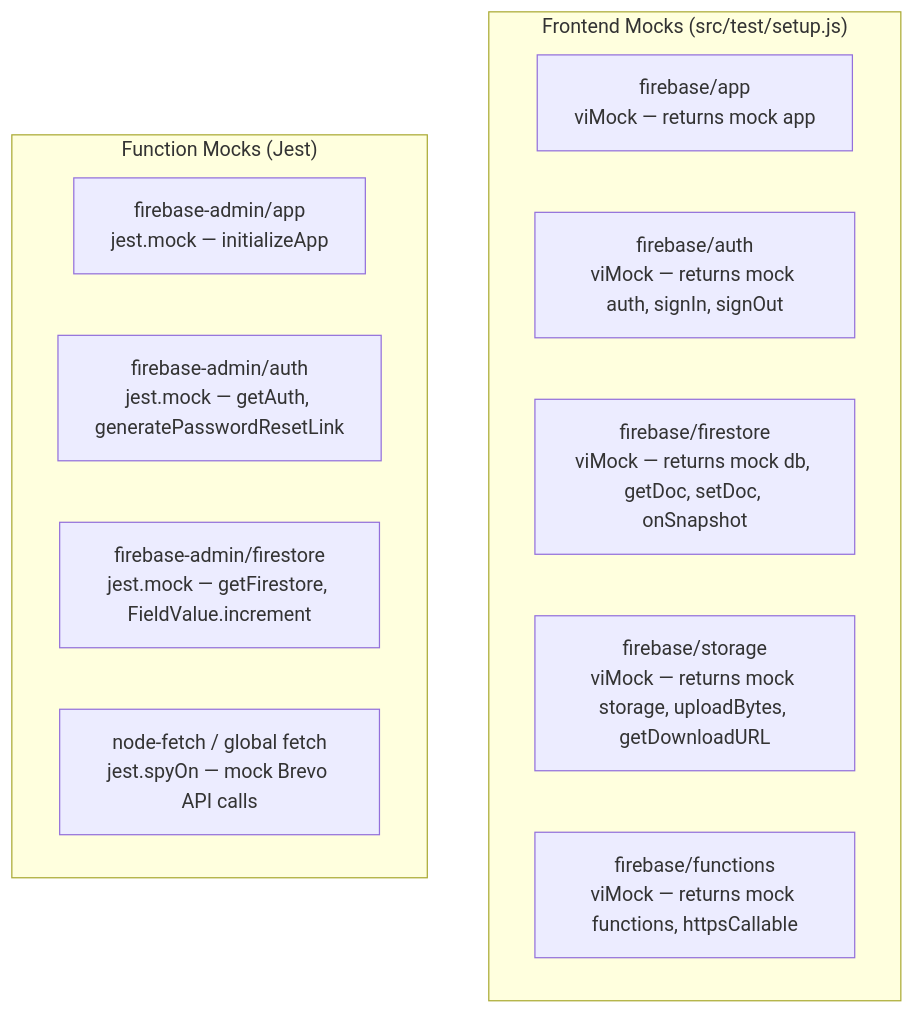
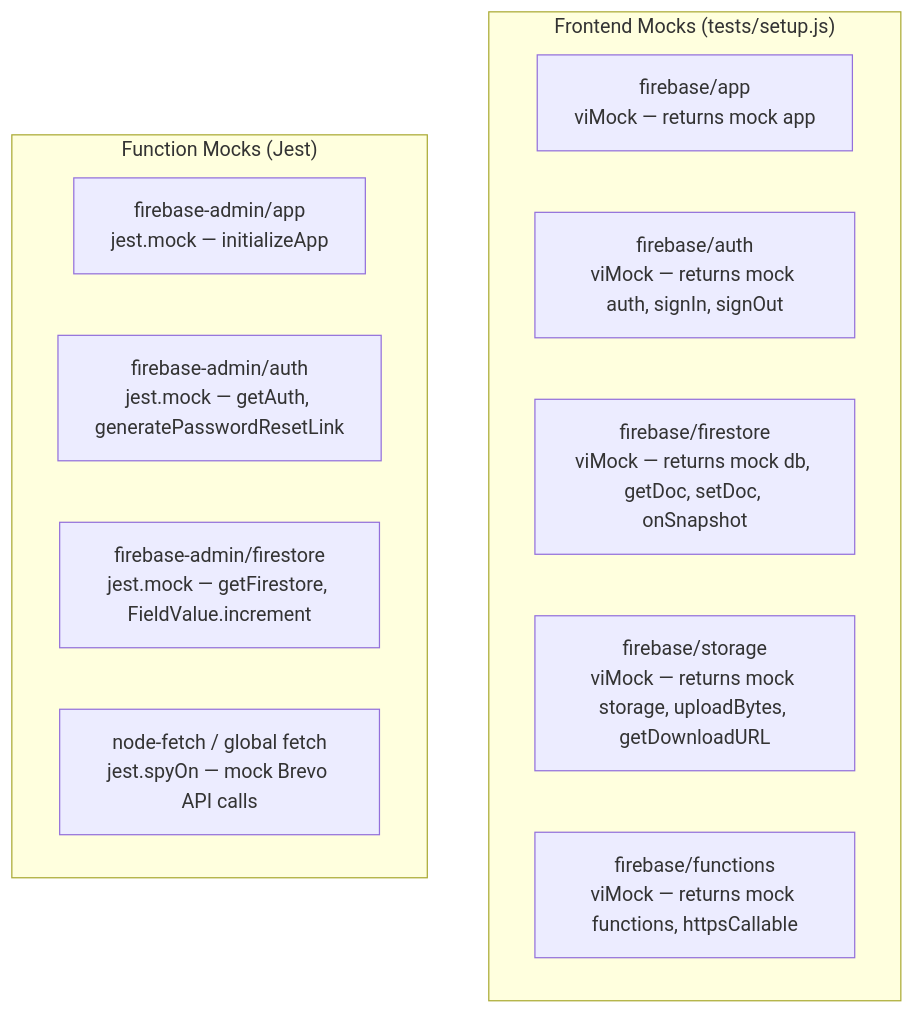
One commit to Oweeboi011/mms-open-climbs changed the third of 4 diagrams in docs/TESTING.md. Above: the diagram before and after it, drawn with Mermaid. The commit also changed other lines of this file and 33 other files, not shown here.

````diff
--- a/docs/TESTING.md
+++ b/docs/TESTING.md
@@ -298,17 +298,17 @@
 ```mermaid
 graph TD
-    subgraph Frontend["Frontend Mocks (src/test/setup.js)"]
+    subgraph Frontend["Frontend Mocks (tests/setup.js)"]
         M1["firebase/app\nviMock — returns mock app"]
         M2["firebase/auth\nviMock — returns mock auth, signIn, signOut"]
         M3["firebase/firestore\nviMock — returns mock db, getDoc, setDoc, onSnapshot"]
         M4["firebase/storage\nviMock — returns mock storage, uploadBytes, getDownloadURL"]
         M5["firebase/functions\nviMock — returns mock functions, httpsCallable"]
     end
 
     subgraph Functions["Function Mocks (Jest)"]
         FM1["firebase-admin/app\njest.mock — initializeApp"]
         FM2["firebase-admin/auth\njest.mock — getAuth, generatePasswordResetLink"]
         FM3["firebase-admin/firestore\njest.mock — getFirestore, FieldValue.increment"]
         FM4["node-fetch / global fetch\njest.spyOn — mock Brevo API calls"]
     end
 ```
````
